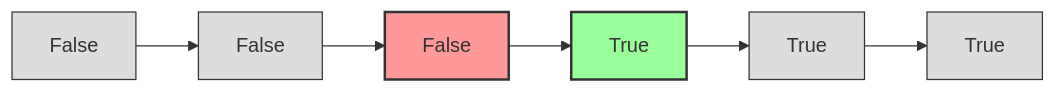
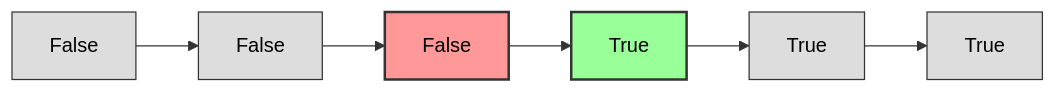
One commit to JILSPATEL/data-structure changed the diagram in Binary Search/Binary Search Masterclass.md. Above: the diagram before and after it, drawn with Mermaid.

Commit message:
AddedBinary Masterclass

````diff
--- a/Binary Search/Binary Search Masterclass.md
+++ b/Binary Search/Binary Search Masterclass.md
@@ -30,11 +30,11 @@
 ```mermaid
 graph LR
     A[False] --> B[False]
     B --> C[False]
     C --> D[True]
     D --> E[True]
     E --> F[True]
-    style C fill:#f99,stroke:#333,stroke-width:2px
-    style D fill:#9f9,stroke:#333,stroke-width:2px
-    classDef default fill:#ddd,stroke:#333,stroke-width:1px;
+    style C fill:#f99,stroke:#333,stroke-width:2px,color:black
+    style D fill:#9f9,stroke:#333,stroke-width:2px,color:black
+    classDef default fill:#ddd,stroke:#333,stroke-width:1px,color:black;
 ```
````
